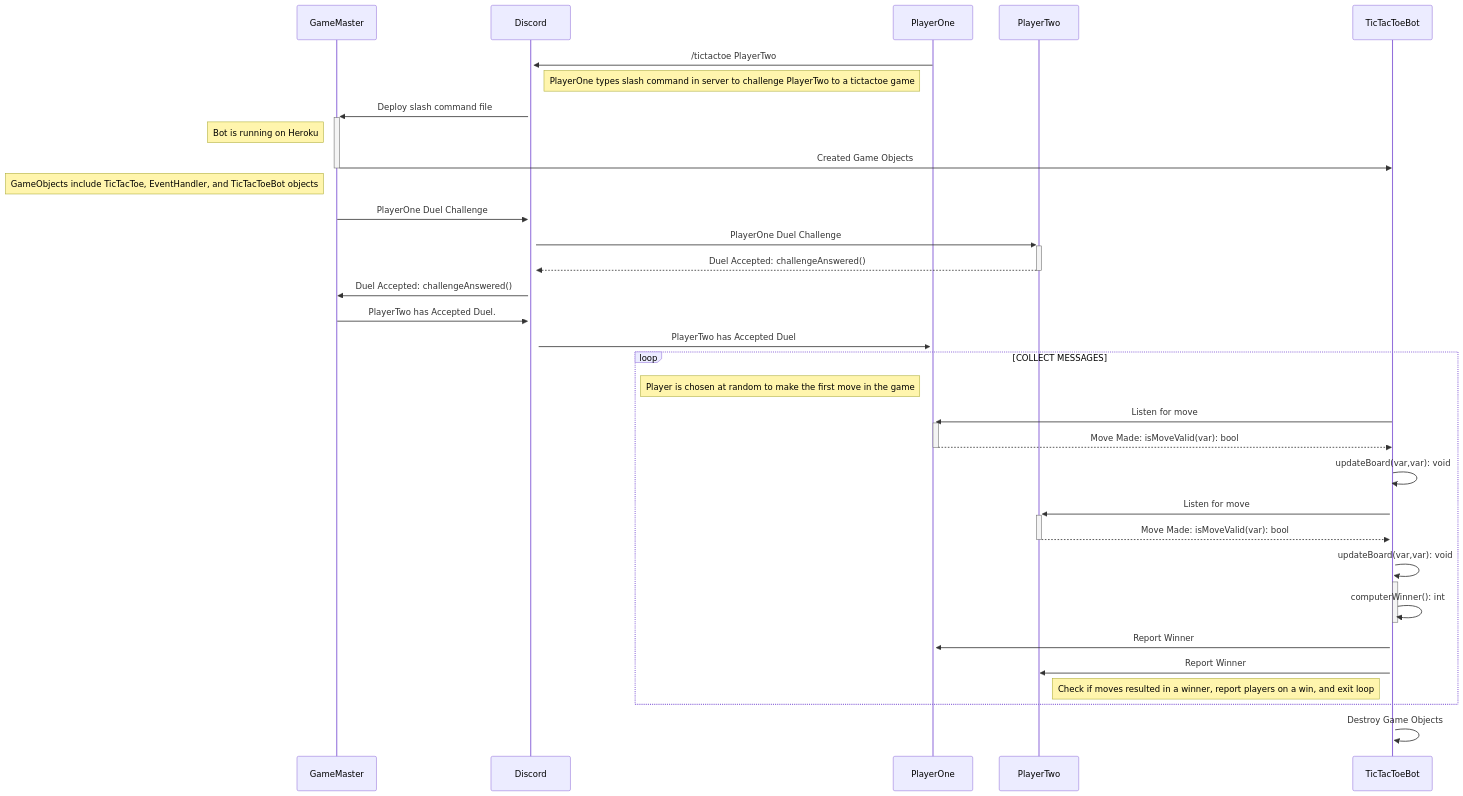
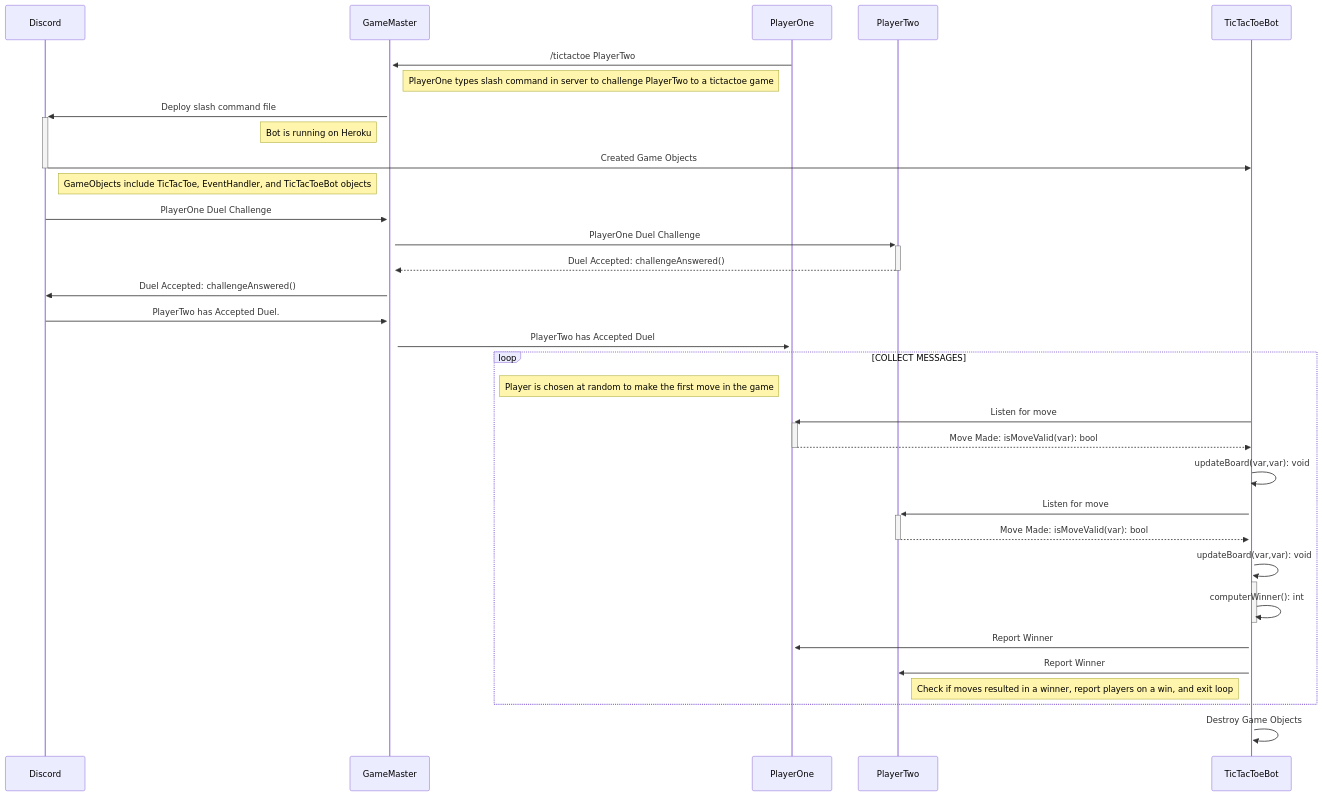
The diagram in Documents/uml_Sequence_AcceptedDuel.md (cis3296f22/GameMaster), drawn with Mermaid before and after one commit. The commit also changed other lines of this file, not shown here.

Commit message:
Update uml_Sequence_AcceptedDuel.md
Updated with discord API as participant.

````diff
--- a/Documents/uml_Sequence_AcceptedDuel.md
+++ b/Documents/uml_Sequence_AcceptedDuel.md
@@ -2,36 +2,36 @@
 ```mermaid
 sequenceDiagram
   
+    participant Discord as Discord
     participant GameMaster as GameMaster
-    participant Discord as Discord
     participant PlayerOne as PlayerOne
     participant PlayerTwo as PlayerTwo
     participant TicTacToeBot as TicTacToeBot
     
-    PlayerOne->>+Discord: /tictactoe PlayerTwo
+    PlayerOne->>+GameMaster: /tictactoe PlayerTwo
     Note left of PlayerOne: PlayerOne types slash command in server to challenge PlayerTwo to a tictactoe game
-    Discord->>+GameMaster: Deploy slash command file
+    GameMaster->>+Discord: Deploy slash command file
     Note left of GameMaster: Bot is running on Heroku
-    GameMaster->>-TicTacToeBot: Created Game Objects
+    Discord->>-TicTacToeBot: Created Game Objects
     Note left of GameMaster: GameObjects include TicTacToe, EventHandler, and TicTacToeBot objects
-    GameMaster->>+Discord: PlayerOne Duel Challenge
-    Discord->>+PlayerTwo: PlayerOne Duel Challenge
-    PlayerTwo-->>-Discord: Duel Accepted: challengeAnswered()
-    Discord->>GameMaster: Duel Accepted: challengeAnswered()
-    GameMaster->>+Discord: PlayerTwo has Accepted Duel.
-    Discord->>+PlayerOne: PlayerTwo has Accepted Duel
+    Discord->>+GameMaster: PlayerOne Duel Challenge
+    GameMaster->>+PlayerTwo: PlayerOne Duel Challenge
+    PlayerTwo-->>-GameMaster: Duel Accepted: challengeAnswered()
+    GameMaster->>Discord: Duel Accepted: challengeAnswered()
+    Discord->>+GameMaster: PlayerTwo has Accepted Duel.
+    GameMaster->>+PlayerOne: PlayerTwo has Accepted Duel
     loop COLLECT MESSAGES
     Note left of PlayerOne: Player is chosen at random to make the first move in the game
     TicTacToeBot->>+PlayerOne: Listen for move
     PlayerOne-->>-TicTacToeBot: Move Made: isMoveValid(var): bool
     TicTacToeBot->>+TicTacToeBot: updateBoard(var,var): void
     TicTacToeBot->>+PlayerTwo: Listen for move
     PlayerTwo-->>-TicTacToeBot: Move Made: isMoveValid(var): bool
     TicTacToeBot->>+TicTacToeBot: updateBoard(var,var): void
     TicTacToeBot->>-TicTacToeBot: computerWinner(): int
     TicTacToeBot->>PlayerOne: Report Winner
     TicTacToeBot->>PlayerTwo: Report Winner
     Note left of TicTacToeBot: Check if moves resulted in a winner, report players on a win, and exit loop
     end
     TicTacToeBot->>TicTacToeBot: Destroy Game Objects
 ```
````
